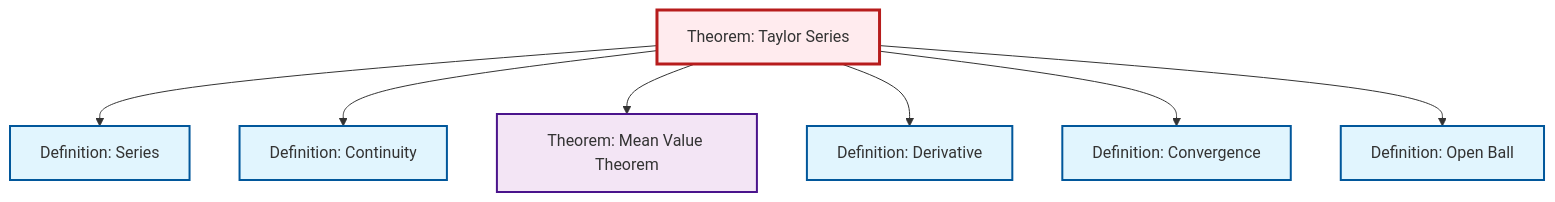
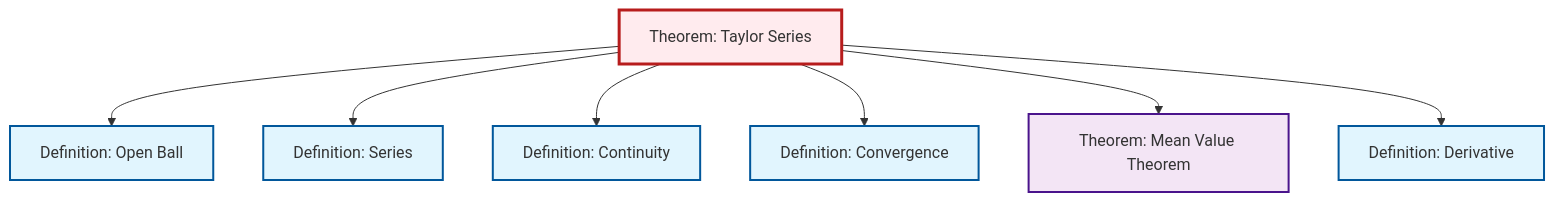
Before and after one commit to RK0429/ModernMath: the diagram in content/en/analysis/thm-taylor-series.qmd, drawn with Mermaid. The commit also changed other lines of this file and 672 other files, not shown here.

````diff
--- a/content/en/analysis/thm-taylor-series.qmd
+++ b/content/en/analysis/thm-taylor-series.qmd
@@ -108,29 +108,29 @@
 ```{mermaid}
 %%| fig-cap: "Local dependency graph"
 graph TD
     classDef definition fill:#e1f5fe,stroke:#01579b,stroke-width:2px
     classDef theorem fill:#f3e5f5,stroke:#4a148c,stroke-width:2px
     classDef axiom fill:#fff3e0,stroke:#e65100,stroke-width:2px
     classDef example fill:#e8f5e9,stroke:#1b5e20,stroke-width:2px
     classDef current fill:#ffebee,stroke:#b71c1c,stroke-width:3px
     thm-mean-value["Theorem: Mean Value Theorem"]:::theorem
+    def-derivative["Definition: Derivative"]:::definition
+    def-convergence["Definition: Convergence"]:::definition
+    def-open-ball["Definition: Open Ball"]:::definition
+    def-series["Definition: Series"]:::definition
+    thm-taylor-series["Theorem: Taylor Series"]:::theorem
     def-continuity["Definition: Continuity"]:::definition
-    def-open-ball["Definition: Open Ball"]:::definition
-    def-derivative["Definition: Derivative"]:::definition
-    def-series["Definition: Series"]:::definition
-    def-convergence["Definition: Convergence"]:::definition
-    thm-taylor-series["Theorem: Taylor Series"]:::theorem
+    thm-taylor-series --> def-open-ball
     thm-taylor-series --> def-series
     thm-taylor-series --> def-continuity
+    thm-taylor-series --> def-convergence
     thm-taylor-series --> thm-mean-value
     thm-taylor-series --> def-derivative
-    thm-taylor-series --> def-convergence
-    thm-taylor-series --> def-open-ball
     class thm-taylor-series current
     click thm-mean-value "thm-mean-value.html" "Go to Mean Value Theorem theorem"
+    click def-derivative "def-derivative.html" "Go to Derivative definition"
+    click def-convergence "def-convergence.html" "Go to Convergence definition"
+    click def-open-ball "def-open-ball.html" "Go to Open Ball definition"
+    click def-series "def-series.html" "Go to Series definition"
     click def-continuity "def-continuity.html" "Go to Continuity definition"
-    click def-open-ball "def-open-ball.html" "Go to Open Ball definition"
-    click def-derivative "def-derivative.html" "Go to Derivative definition"
-    click def-series "def-series.html" "Go to Series definition"
-    click def-convergence "def-convergence.html" "Go to Convergence definition"
 ```
````
